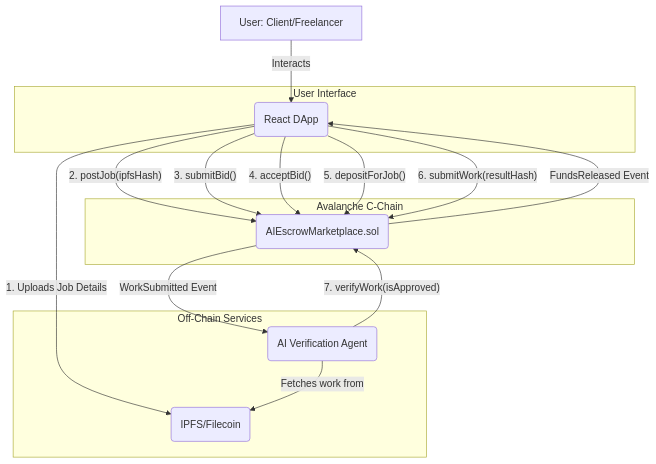
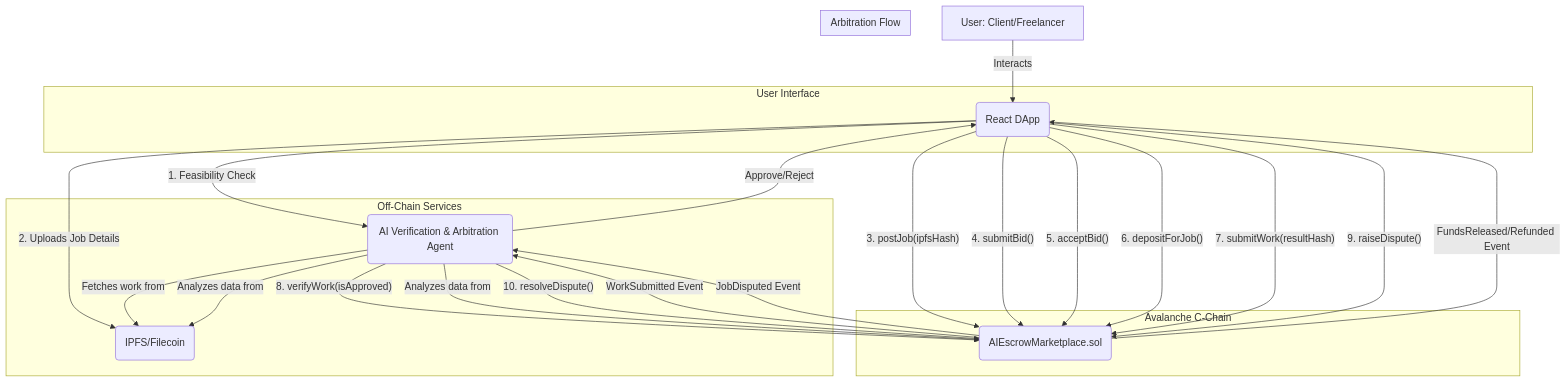
The third of 5 diagrams in doc/development_plan.md (zetrosoft/verifi-app), drawn with Mermaid before and after one commit. The commit also changed other lines of this file and 46 other files, not shown here.

````diff
--- a/doc/development_plan.md
+++ b/doc/development_plan.md
@@ -189,30 +236,41 @@
 ```mermaid
 graph TD
     subgraph "User Interface"
         DA(React DApp)
     end
 
     subgraph "Off-Chain Services"
         IPFS(IPFS/Filecoin)
-        AGENT(AI Verification Agent)
+        AGENT(AI Verification & Arbitration Agent)
     end
 
     subgraph "Avalanche C-Chain"
         SC(AIEscrowMarketplace.sol)
     end
 
     User[User: Client/Freelancer] -- Interacts --> DA
 
-    DA -- "1. Uploads Job Details" --> IPFS
-    DA -- "2. postJob(ipfsHash)" --> SC
-    DA -- "3. submitBid()" --> SC
-    DA -- "4. acceptBid()" --> SC
-    DA -- "5. depositForJob()" --> SC
-    DA -- "6. submitWork(resultHash)" --> SC
+    DA -- "1. Feasibility Check" --> AGENT
+    AGENT -- "Approve/Reject" --> DA
+    
+    DA -- "2. Uploads Job Details" --> IPFS
+    DA -- "3. postJob(ipfsHash)" --> SC
+    DA -- "4. submitBid()" --> SC
+    DA -- "5. acceptBid()" --> SC
+    DA -- "6. depositForJob()" --> SC
+    DA -- "7. submitWork(resultHash)" --> SC
 
     SC -- "WorkSubmitted Event" --> AGENT
     AGENT -- "Fetches work from" --> IPFS
-    AGENT -- "7. verifyWork(isApproved)" --> SC
+    AGENT -- "8. verifyWork(isApproved)" --> SC
 
-    SC -- "FundsReleased Event" --> DA
+    subgraph "Arbitration Flow"
+        DA -- "9. raiseDispute()" --> SC
+        SC -- "JobDisputed Event" --> AGENT
+        AGENT -- "Analyzes data from" --> IPFS
+        AGENT -- "Analyzes data from" --> SC
+        AGENT -- "10. resolveDispute()" --> SC
+    end
+
+    SC -- "FundsReleased/Refunded Event" --> DA
 ```
````
